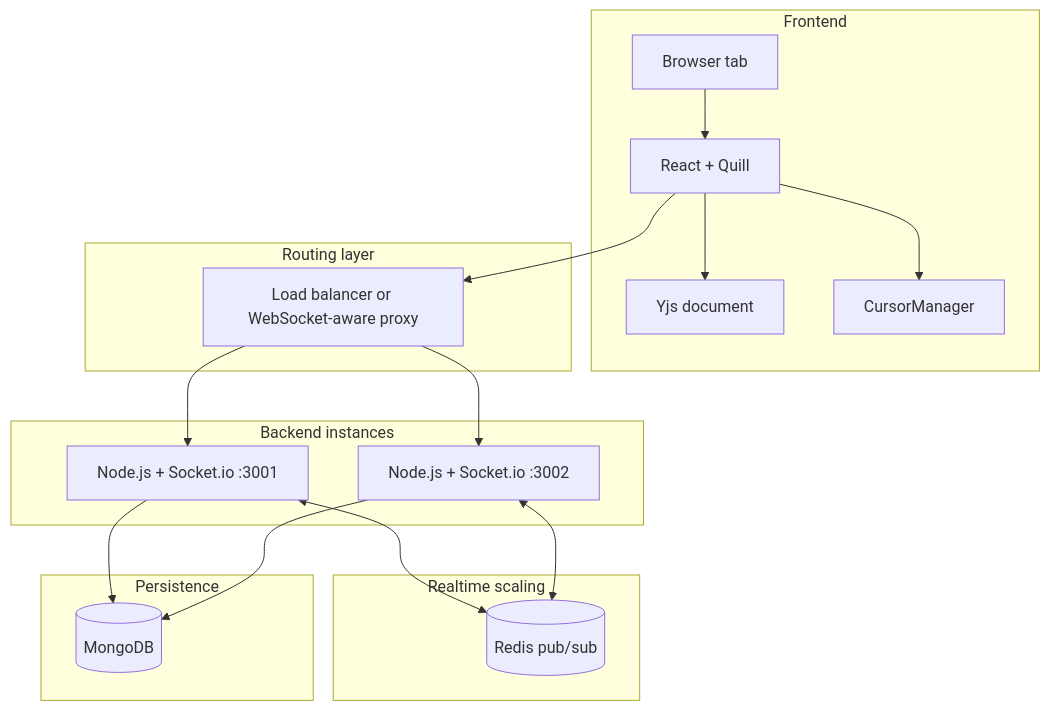
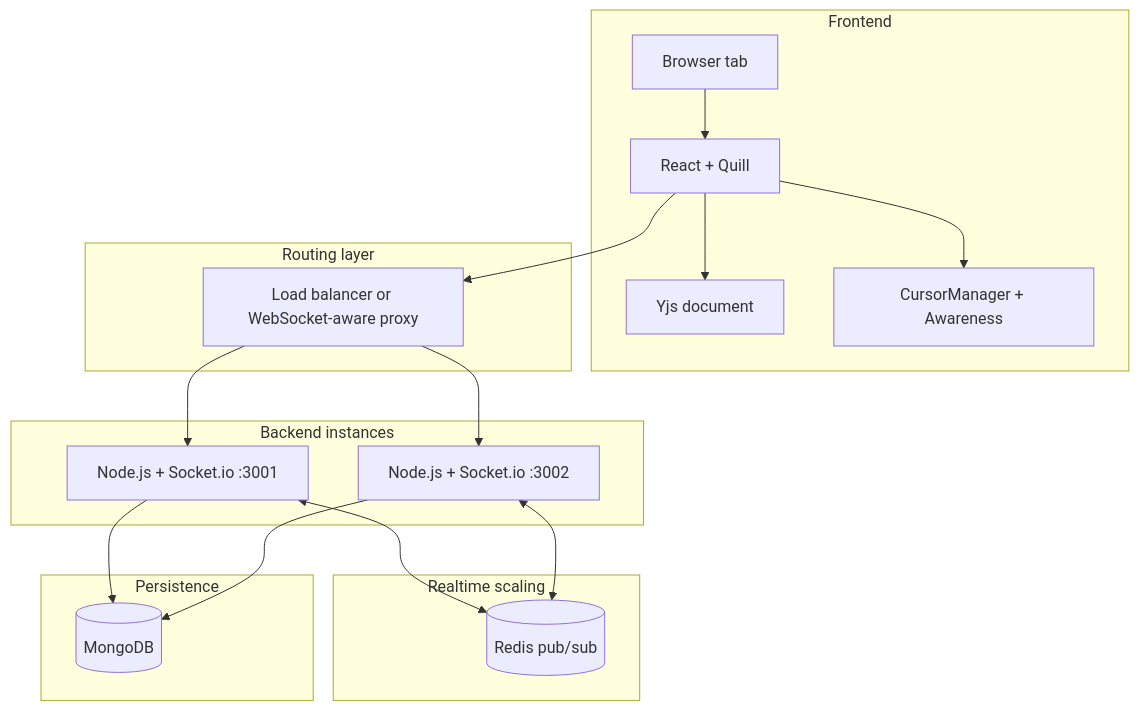
Before and after one commit to anubhab555/collab-editor: the diagram in docs/ARCHITECTURE.md, drawn with Mermaid. The commit also changed other lines of this file and 19 other files, not shown here.

````diff
--- a/docs/ARCHITECTURE.md
+++ b/docs/ARCHITECTURE.md
@@ -68,38 +68,38 @@
 ```mermaid
 graph TB
     subgraph Frontend["Frontend"]
         Browser["Browser tab"]
         React["React + Quill"]
         YDoc["Yjs document"]
-        Cursor["CursorManager"]
+        Cursor["CursorManager + Awareness"]
 
         Browser --> React
         React --> YDoc
         React --> Cursor
     end
 
     subgraph Proxy["Routing layer"]
         LB["Load balancer or WebSocket-aware proxy"]
     end
 
     subgraph Backend["Backend instances"]
         NodeA["Node.js + Socket.io :3001"]
         NodeB["Node.js + Socket.io :3002"]
     end
 
     subgraph Realtime["Realtime scaling"]
         Redis[("Redis pub/sub")]
     end
 
     subgraph Data["Persistence"]
         Mongo[("MongoDB")]
     end
 
     React --> LB
     LB --> NodeA
     LB --> NodeB
     NodeA <--> Redis
     NodeB <--> Redis
     NodeA --> Mongo
     NodeB --> Mongo
 ```
````
